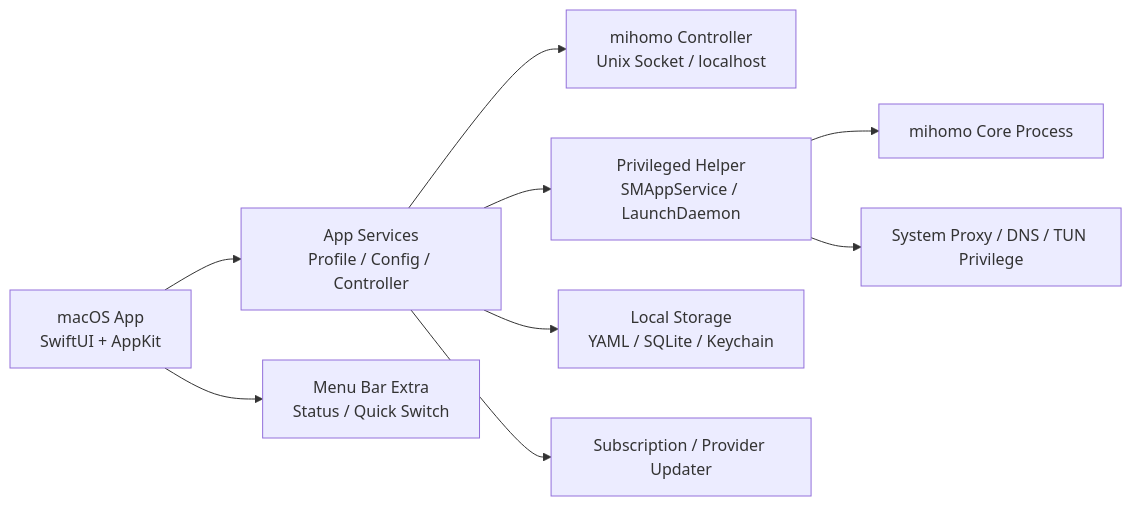
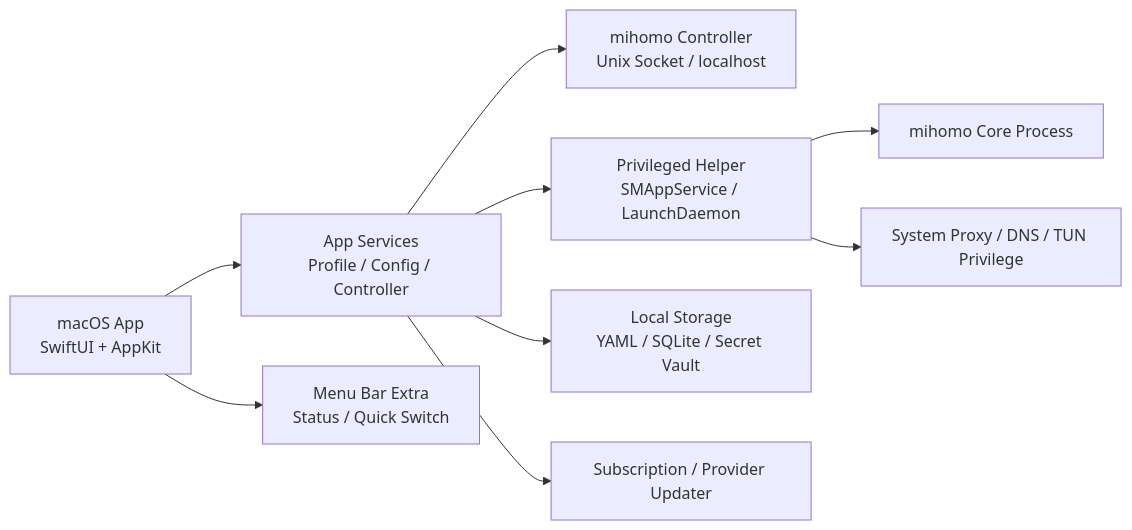
Before and after one commit to junchan0412/Mihomo: the diagram in Mihomo-macOS-development-report.md, drawn with Mermaid. The commit also changed other lines of this file and 27 other files, not shown here.

````diff
--- a/Mihomo-macOS-development-report.md
+++ b/Mihomo-macOS-development-report.md
@@ -35,11 +35,11 @@
 ```mermaid
 flowchart LR
   A["macOS App<br/>SwiftUI + AppKit"] --> B["App Services<br/>Profile / Config / Controller"]
   B --> C["mihomo Controller<br/>Unix Socket / localhost"]
   B --> D["Privileged Helper<br/>SMAppService / LaunchDaemon"]
   D --> E["mihomo Core Process"]
   D --> F["System Proxy / DNS / TUN Privilege"]
-  B --> G["Local Storage<br/>YAML / SQLite / Keychain"]
+  B --> G["Local Storage<br/>YAML / SQLite / Secret Vault"]
   B --> H["Subscription / Provider Updater"]
   A --> I["Menu Bar Extra<br/>Status / Quick Switch"]
 ```
````
